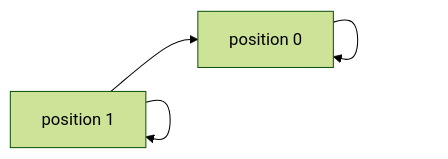
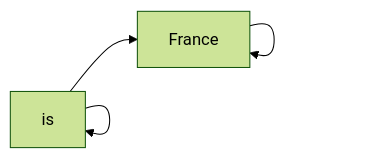
Before and after one commit to vasubansal1033/codecrafters-inference-engine-go: the third of 7 diagrams in concepts.md, drawn with Mermaid (forest theme). The commit also changed other lines of this file and 3 other files, not shown here.

````diff
--- a/concepts.md
+++ b/concepts.md
@@ -168,8 +208,8 @@
 ```mermaid
 flowchart LR
-  p0["position 0"]
-  p1["position 1"]
-  p0 --> p0
-  p1 --> p0
-  p1 --> p1
+  france["France"]
+  isword["is"]
+  france --> france
+  isword --> france
+  isword --> isword
 ```
````
